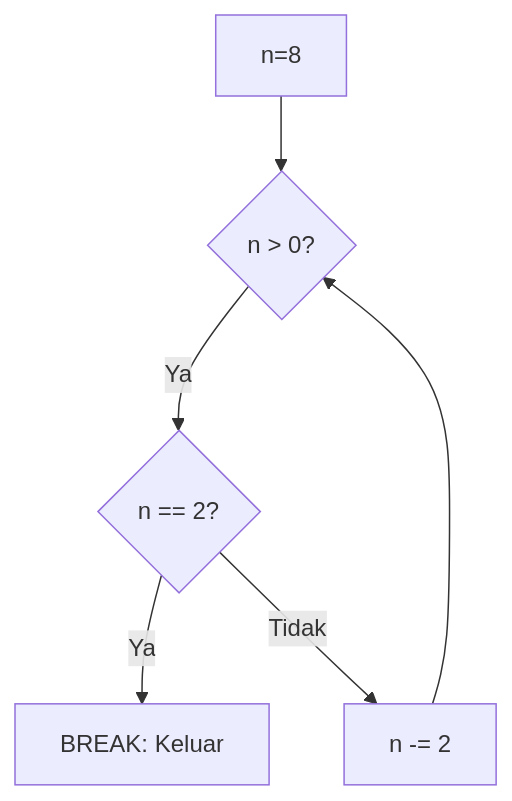
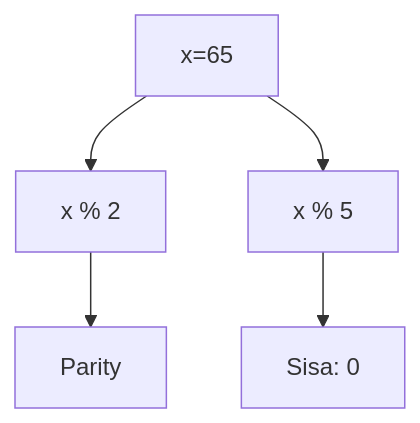
Before and after one commit to amnahwaida/OSNK_INF_PREP: diagram 20 of 25 in part-c-pemahaman-cpp/03-perulangan/latihan/set-02.md, drawn with Mermaid. The commit also changed other lines of this file and 71 other files, not shown here.

````diff
--- a/part-c-pemahaman-cpp/03-perulangan/latihan/set-02.md
+++ b/part-c-pemahaman-cpp/03-perulangan/latihan/set-02.md
@@ -622,8 +602,7 @@
 ```mermaid
 graph TD
-    A[n=8] --> B{n > 0?}
-    B -- Ya --> C{n == 2?}
-    C -- Ya --> D[BREAK: Keluar]
-    C -- Tidak --> E[n -= 2]
-    E --> B
+A[x=65] --> B[x % 2]
+B --> C[Parity]
+A --> D[x % 5]
+D --> E[Sisa: 0]
 ```
````
